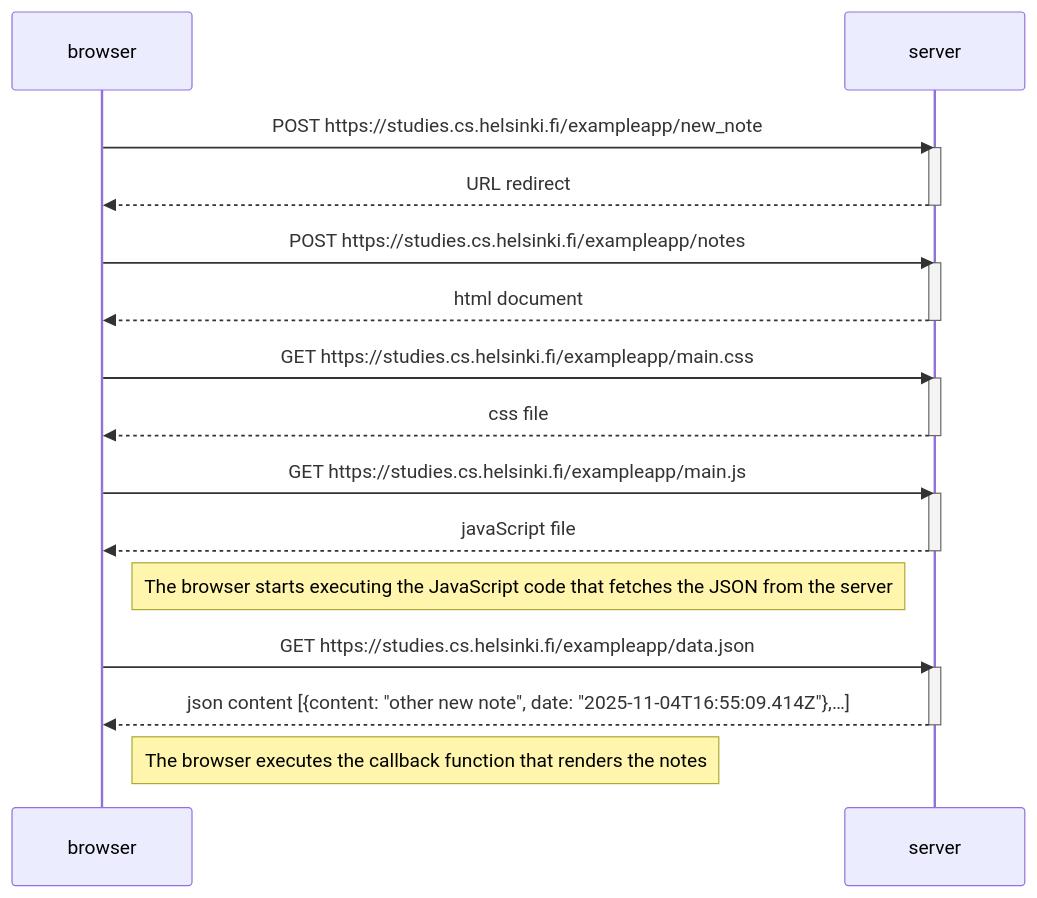
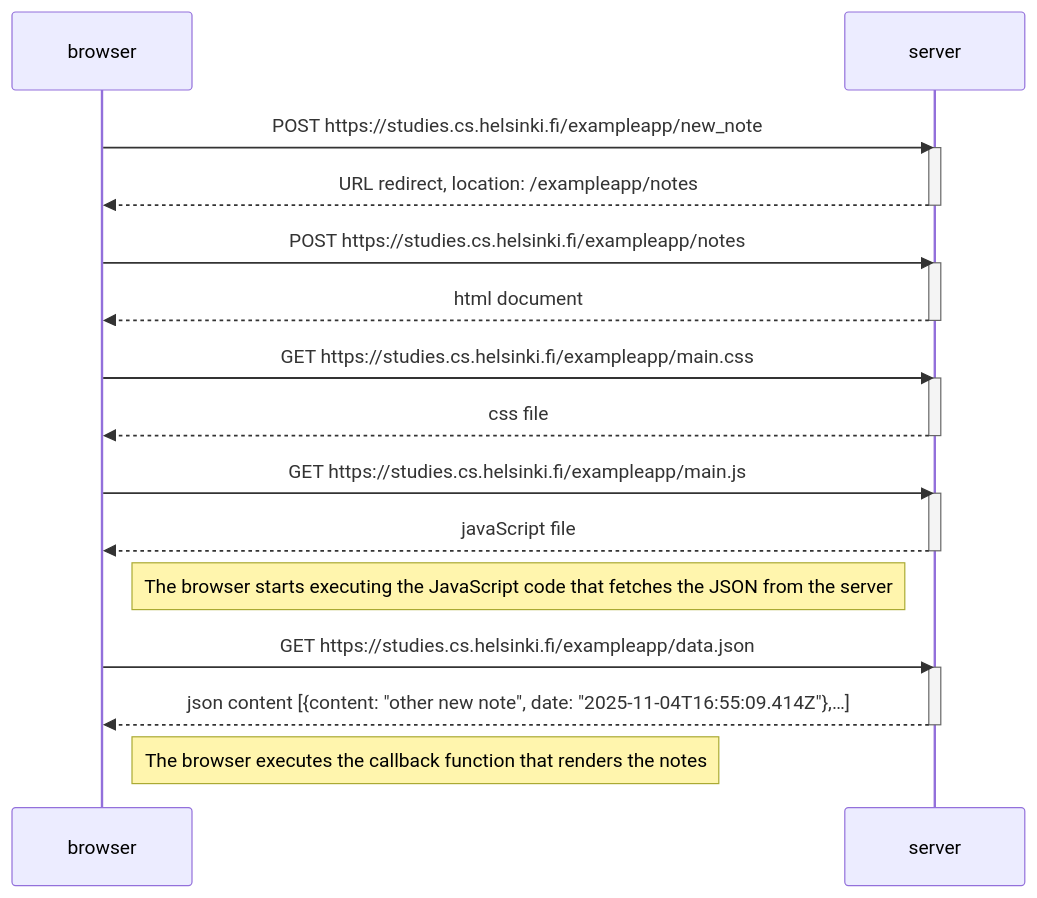
Before and after one commit to filippivarci/fullstackopen: the diagram in part0/04_new_note_diagram.md, drawn with Mermaid. The commit also changed 1 other file, not shown here.

Commit message:
small changes

````diff
--- a/part0/04_new_note_diagram.md
+++ b/part0/04_new_note_diagram.md
@@ -1,34 +1,34 @@
 ```mermaid
 sequenceDiagram
     participant browser
     participant server
 
     browser->>server: POST https://studies.cs.helsinki.fi/exampleapp/new_note
     activate server
-    server-->>browser: URL redirect
+    server-->>browser: URL redirect, location: /exampleapp/notes
     deactivate server
 
     browser->>server: POST https://studies.cs.helsinki.fi/exampleapp/notes
     activate server
     server-->>browser: html document
     deactivate server
 
     browser->>server: GET https://studies.cs.helsinki.fi/exampleapp/main.css
     activate server
     server-->>browser: css file
     deactivate server
 
     browser->>server: GET https://studies.cs.helsinki.fi/exampleapp/main.js
     activate server
     server-->>browser: javaScript file
     deactivate server
 
     Note right of browser: The browser starts executing the JavaScript code that fetches the JSON from the server
 
     browser->>server: GET https://studies.cs.helsinki.fi/exampleapp/data.json
     activate server
     server-->>browser: json content [{content: "other new note", date: "2025-11-04T16:55:09.414Z"},…]
     deactivate server
 
     Note right of browser: The browser executes the callback function that renders the notes
 ```
````
